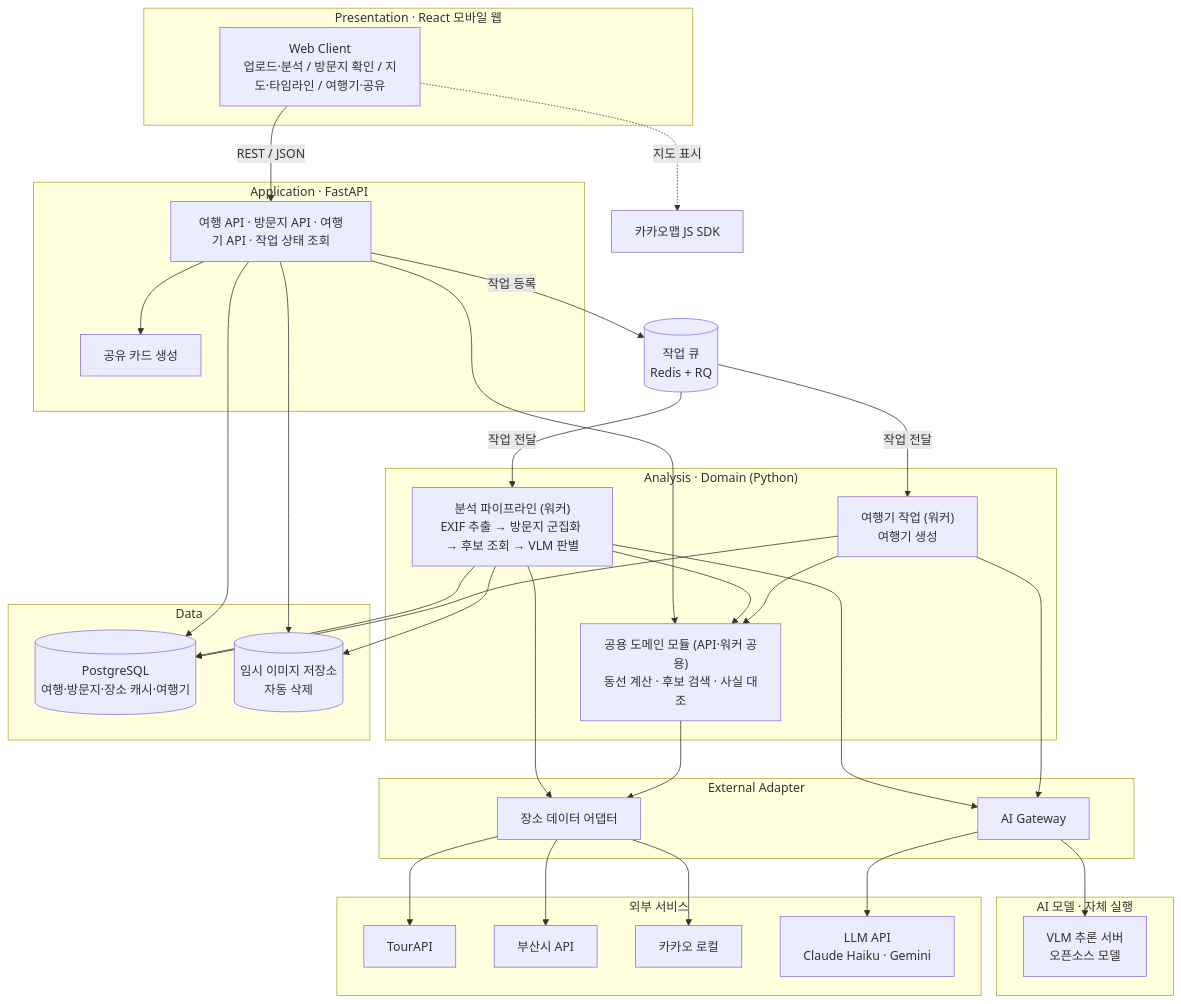
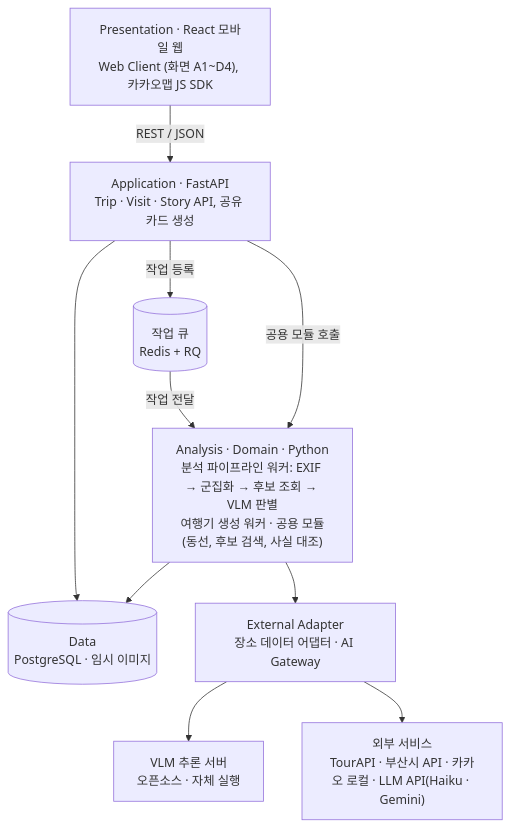
One commit to gokimkh123/SWEngineering-project-10 changed the first of 4 diagrams in docs/04-design/설계서_찰칵부산_v1.0.md. Above: the diagram before and after it, drawn with Mermaid. The commit also changed other lines of this file and 16 other files, not shown here.

````diff
--- a/docs/04-design/설계서_찰칵부산_v1.0.md
+++ b/docs/04-design/설계서_찰칵부산_v1.0.md
@@ -106,58 +76,20 @@
 ```mermaid
 flowchart TB
-  subgraph P["Presentation · React 모바일 웹"]
-    WEB["Web Client<br/>업로드·분석 / 방문지 확인 / 지도·타임라인 / 여행기·공유"]
-  end
-  subgraph A["Application · FastAPI"]
-    API["여행 API · 방문지 API · 여행기 API · 작업 상태 조회"]
-    SVC["공유 카드 생성"]
-  end
+  P["Presentation · React 모바일 웹<br/>Web Client (화면 A1~D4), 카카오맵 JS SDK"]
+  A["Application · FastAPI<br/>Trip · Visit · Story API, 공유 카드 생성"]
   Q[("작업 큐<br/>Redis + RQ")]
-  subgraph W["Analysis · Domain (Python)"]
-    PIPE["분석 파이프라인 (워커)<br/>EXIF 추출 → 방문지 군집화 → 후보 조회 → VLM 판별"]
-    STORY["여행기 작업 (워커)<br/>여행기 생성"]
-    DOM["공용 도메인 모듈 (API·워커 공용)<br/>동선 계산 · 후보 검색 · 사실 대조"]
-  end
-  subgraph D["Data"]
-    DB[("PostgreSQL<br/>여행·방문지·장소 캐시·여행기")]
-    TMP[("임시 이미지 저장소<br/>자동 삭제")]
-  end
-  subgraph X["External Adapter"]
-    PDA["장소 데이터 어댑터"]
-    AIG["AI Gateway"]
-  end
-  subgraph M["AI 모델 · 자체 실행"]
-    VLMS["VLM 추론 서버<br/>오픈소스 모델"]
-  end
-  subgraph E["외부 서비스"]
-    TOUR["TourAPI"]
-    BUSAN["부산시 API"]
-    KAKAO["카카오 로컬"]
-    LLM["LLM API<br/>Claude Haiku · Gemini"]
-  end
-  KMAP["카카오맵 JS SDK"]
-
-  WEB -->|REST / JSON| API
-  WEB -.->|지도 표시| KMAP
-  API --> SVC
-  API --> DOM
-  PIPE --> DOM
-  STORY --> DOM
-  API -->|작업 등록| Q
-  Q -->|작업 전달| PIPE
-  Q -->|작업 전달| STORY
-  API --> DB
-  API --> TMP
-  PIPE --> DB
-  PIPE --> TMP
-  STORY --> DB
-  PIPE --> PDA
-  PIPE --> AIG
-  STORY --> AIG
-  DOM --> PDA
-  PDA --> TOUR
-  PDA --> BUSAN
-  PDA --> KAKAO
-  AIG --> VLMS
-  AIG --> LLM
+  W["Analysis · Domain · Python<br/>분석 파이프라인 워커: EXIF → 군집화 → 후보 조회 → VLM 판별<br/>여행기 생성 워커 · 공용 모듈(동선, 후보 검색, 사실 대조)"]
+  D[("Data<br/>PostgreSQL · 임시 이미지")]
+  X["External Adapter<br/>장소 데이터 어댑터 · AI Gateway"]
+  V["VLM 추론 서버<br/>오픈소스 · 자체 실행"]
+  E["외부 서비스<br/>TourAPI · 부산시 API · 카카오 로컬 · LLM API(Haiku · Gemini)"]
+  P -->|REST / JSON| A
+  A -->|작업 등록| Q
+  Q -->|작업 전달| W
+  A -->|공용 모듈 호출| W
+  A --> D
+  W --> D
+  W --> X
+  X --> V
+  X --> E
 ```
````
